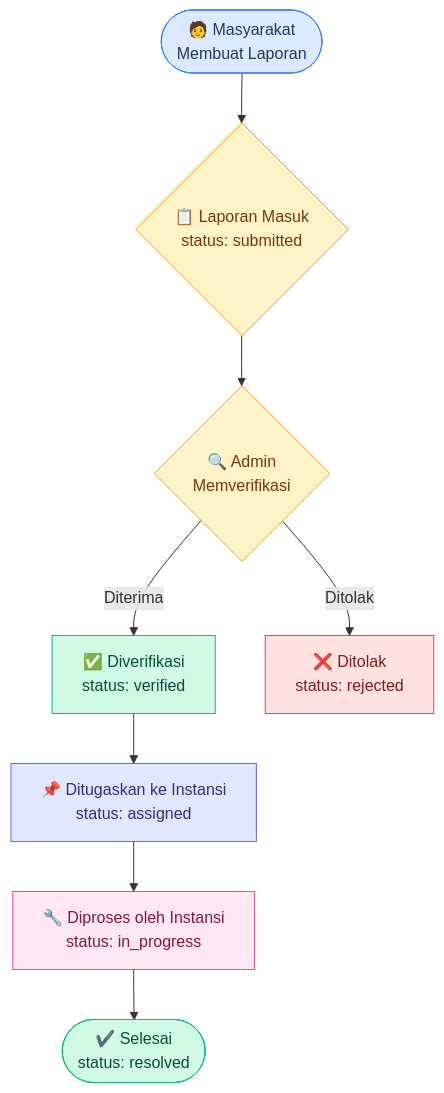
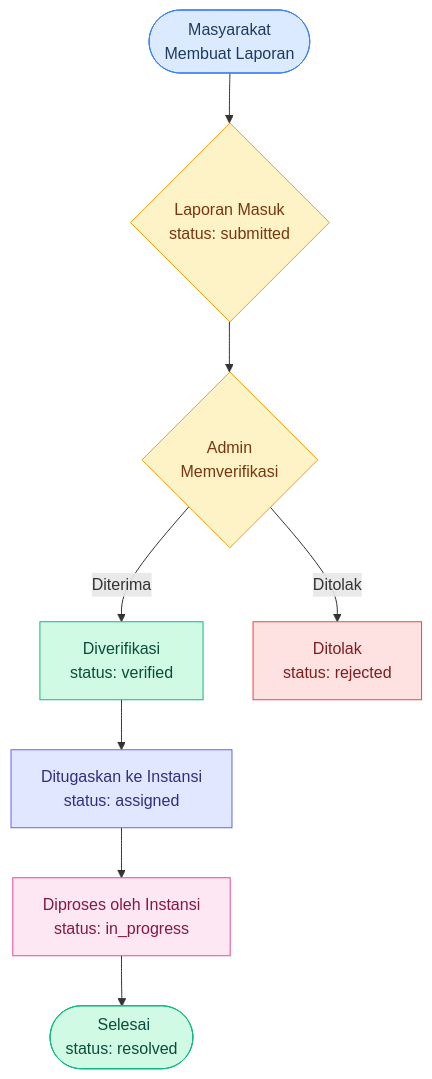
Before and after one commit to Sub-Danzzilo/Sistem-Manajemen-Pengaduan-Masyarakat-2025C: the first of 2 diagrams in README.md, drawn with Mermaid. The commit also changed other lines of this file and 1 other file, not shown here.

````diff
--- a/README.md
+++ b/README.md
@@ -118,19 +120,19 @@
 ```mermaid
 flowchart TD
-    A([🧑 Masyarakat\nMembuat Laporan]) --> B{📋 Laporan Masuk\nstatus: submitted}
-    B --> C{🔍 Admin\nMemverifikasi}
-    C -->|Diterima| D[✅ Diverifikasi\nstatus: verified]
-    C -->|Ditolak| E[❌ Ditolak\nstatus: rejected]
-    D --> F[📌 Ditugaskan ke Instansi\nstatus: assigned]
-    F --> G[🔧 Diproses oleh Instansi\nstatus: in_progress]
-    G --> H([✔️ Selesai\nstatus: resolved])
+    A([ Masyarakat\nMembuat Laporan]) --> B{ Laporan Masuk\nstatus: submitted}
+    B --> C{ Admin\nMemverifikasi}
+    C -->|Diterima| D[ Diverifikasi\nstatus: verified]
+    C -->|Ditolak| E[ Ditolak\nstatus: rejected]
+    D --> F[ Ditugaskan ke Instansi\nstatus: assigned]
+    F --> G[ Diproses oleh Instansi\nstatus: in_progress]
+    G --> H([️ Selesai\nstatus: resolved])
 
     style A fill:#dbeafe,stroke:#3b82f6,color:#1e3a5f
     style B fill:#fef3c7,stroke:#f59e0b,color:#78350f
     style C fill:#fef3c7,stroke:#f59e0b,color:#78350f
     style D fill:#d1fae5,stroke:#10b981,color:#064e3b
     style E fill:#fee2e2,stroke:#ef4444,color:#7f1d1d
     style F fill:#e0e7ff,stroke:#6366f1,color:#312e81
     style G fill:#fce7f3,stroke:#ec4899,color:#831843
     style H fill:#d1fae5,stroke:#10b981,color:#064e3b
 ```
````
